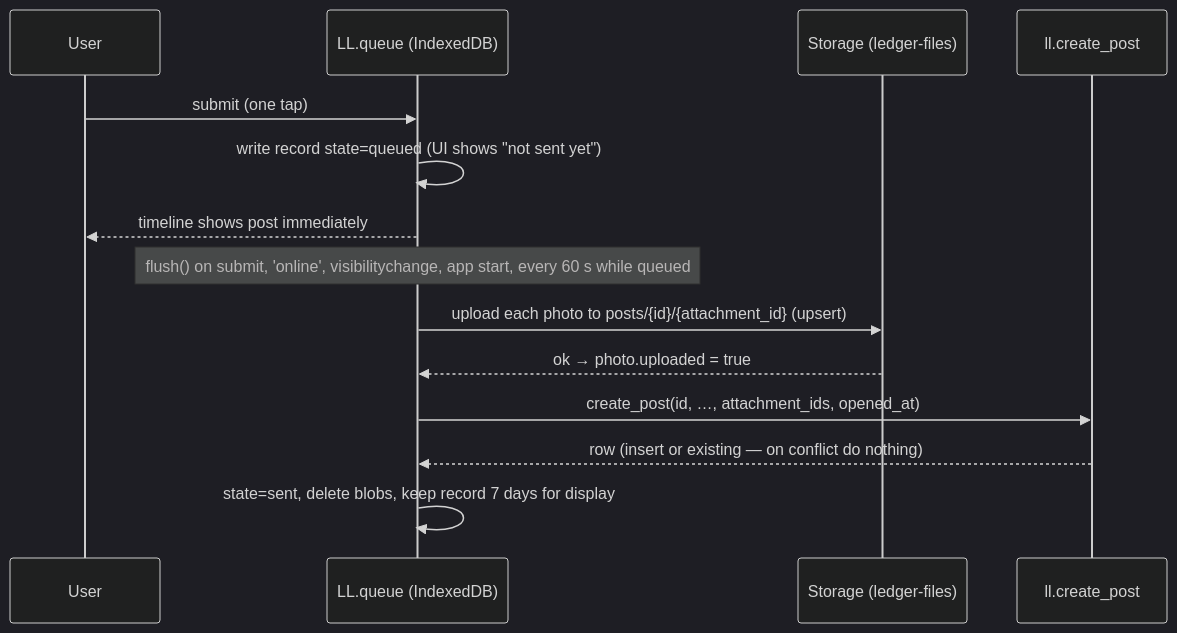
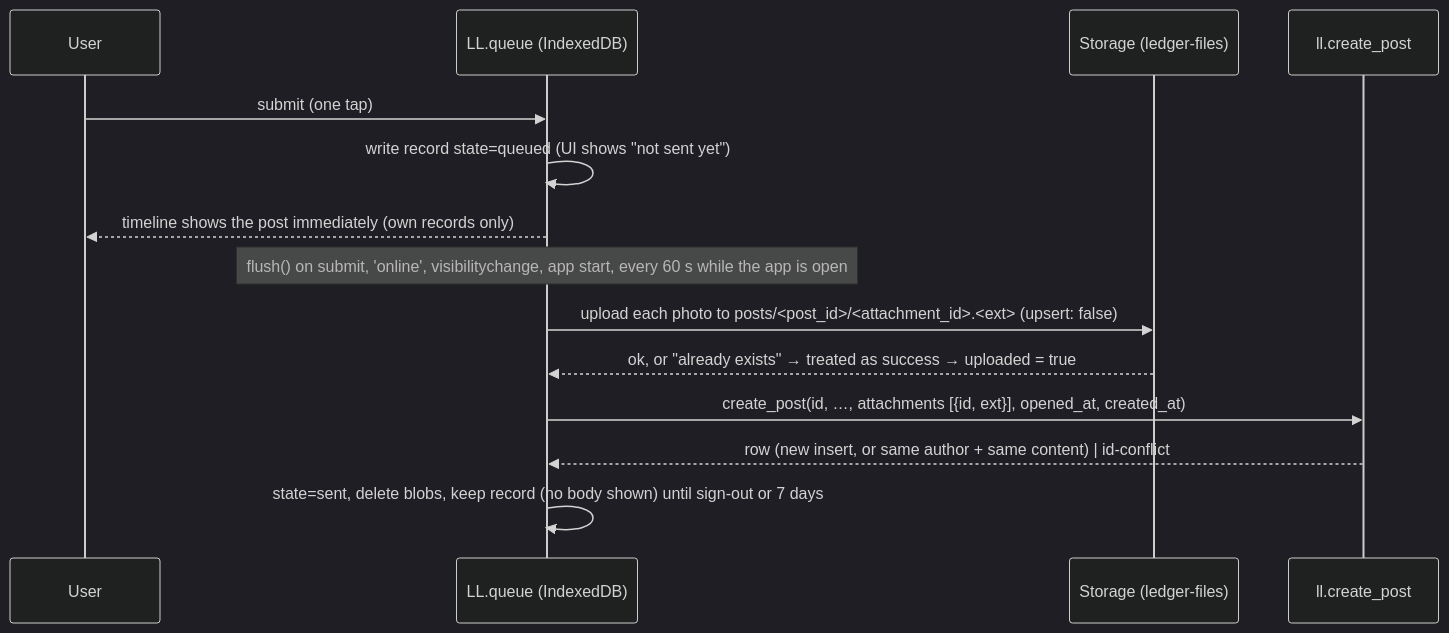
One commit to vinunairs/life-ledger changed the diagram in _bmad-output/planning-artifacts/architecture/architecture-life-ledger-2026-10-05/offline-queue.md. Above: the diagram before and after it, drawn with Mermaid (dark theme). The commit also changed other lines of this file and 6 other files, not shown here.

First line of the commit message:
Align architecture companions with revised spine and finalize

````diff
--- a/_bmad-output/planning-artifacts/architecture/architecture-life-ledger-2026-10-05/offline-queue.md
+++ b/_bmad-output/planning-artifacts/architecture/architecture-life-ledger-2026-10-05/offline-queue.md
@@ -35,16 +35,16 @@
 ```mermaid
 sequenceDiagram
   participant U as User
   participant Q as LL.queue (IndexedDB)
   participant S as Storage (ledger-files)
   participant R as ll.create_post
   U->>Q: submit (one tap)
   Q->>Q: write record state=queued (UI shows "not sent yet")
-  Q-->>U: timeline shows post immediately
-  Note over Q: flush() on submit, 'online', visibilitychange, app start, every 60 s while queued
-  Q->>S: upload each photo to posts/{id}/{attachment_id} (upsert)
-  S-->>Q: ok → photo.uploaded = true
-  Q->>R: create_post(id, …, attachment_ids, opened_at)
-  R-->>Q: row (insert or existing — on conflict do nothing)
-  Q->>Q: state=sent, delete blobs, keep record 7 days for display
+  Q-->>U: timeline shows the post immediately (own records only)
+  Note over Q: flush() on submit, 'online', visibilitychange, app start, every 60 s while the app is open
+  Q->>S: upload each photo to posts/<post_id>/<attachment_id>.<ext> (upsert: false)
+  S-->>Q: ok, or "already exists" → treated as success → uploaded = true
+  Q->>R: create_post(id, …, attachments [{id, ext}], opened_at, created_at)
+  R-->>Q: row (new insert, or same author + same content) | id-conflict
+  Q->>Q: state=sent, delete blobs, keep record (no body shown) until sign-out or 7 days
 ```
````
